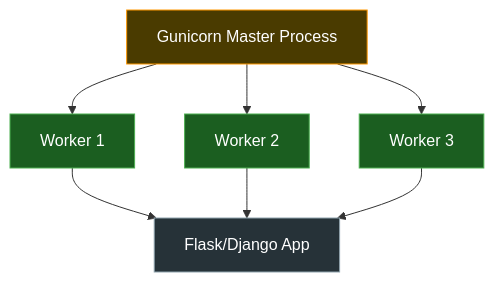
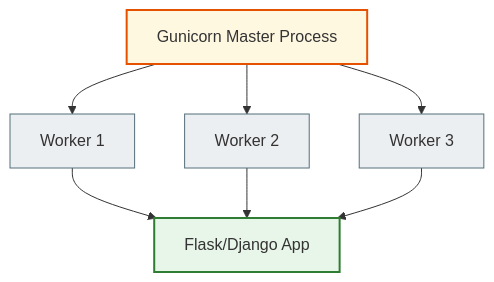
The fourth of 9 diagrams in docs/01_web_foundations/server.md (NikoriakViktot/notes_chat_app), drawn with Mermaid before and after one commit. The commit also changed other lines of this file and 441 other files, not shown here.

First line of the commit message:
Add English version of the book, Mermaid standard, docs fixes

````diff
--- a/docs/01_web_foundations/server.md
+++ b/docs/01_web_foundations/server.md
@@ -532,23 +542,27 @@
 ```mermaid
 flowchart TB
 
-    classDef master fill:#4a3b00,stroke:#ff9800,color:#fff
-    classDef worker fill:#1b5e20,stroke:#4CAF50,color:#fff
-    classDef app fill:#263238,stroke:#90a4ae,color:#fff
+    Master["Gunicorn Master Process"]
 
-    Master["Gunicorn Master Process"]:::master
+    W1["Worker 1"]
+    W2["Worker 2"]
+    W3["Worker 3"]
 
-    W1["Worker 1"]:::worker
-    W2["Worker 2"]:::worker
-    W3["Worker 3"]:::worker
-
-    Flask["Flask/Django App"]:::app
+    Flask["Flask/Django App"]
 
     Master --> W1
     Master --> W2
     Master --> W3
 
     W1 --> Flask
     W2 --> Flask
     W3 --> Flask
+
+    classDef step     fill:#eceff1,stroke:#546e7a,stroke-width:1px;
+    classDef success  fill:#e8f5e9,stroke:#2e7d32,stroke-width:2px;
+    classDef warning  fill:#fff8e1,stroke:#e65100,stroke-width:2px;
+
+    class Master warning;
+    class W1,W2,W3 step;
+    class Flask success;
 ```
````
